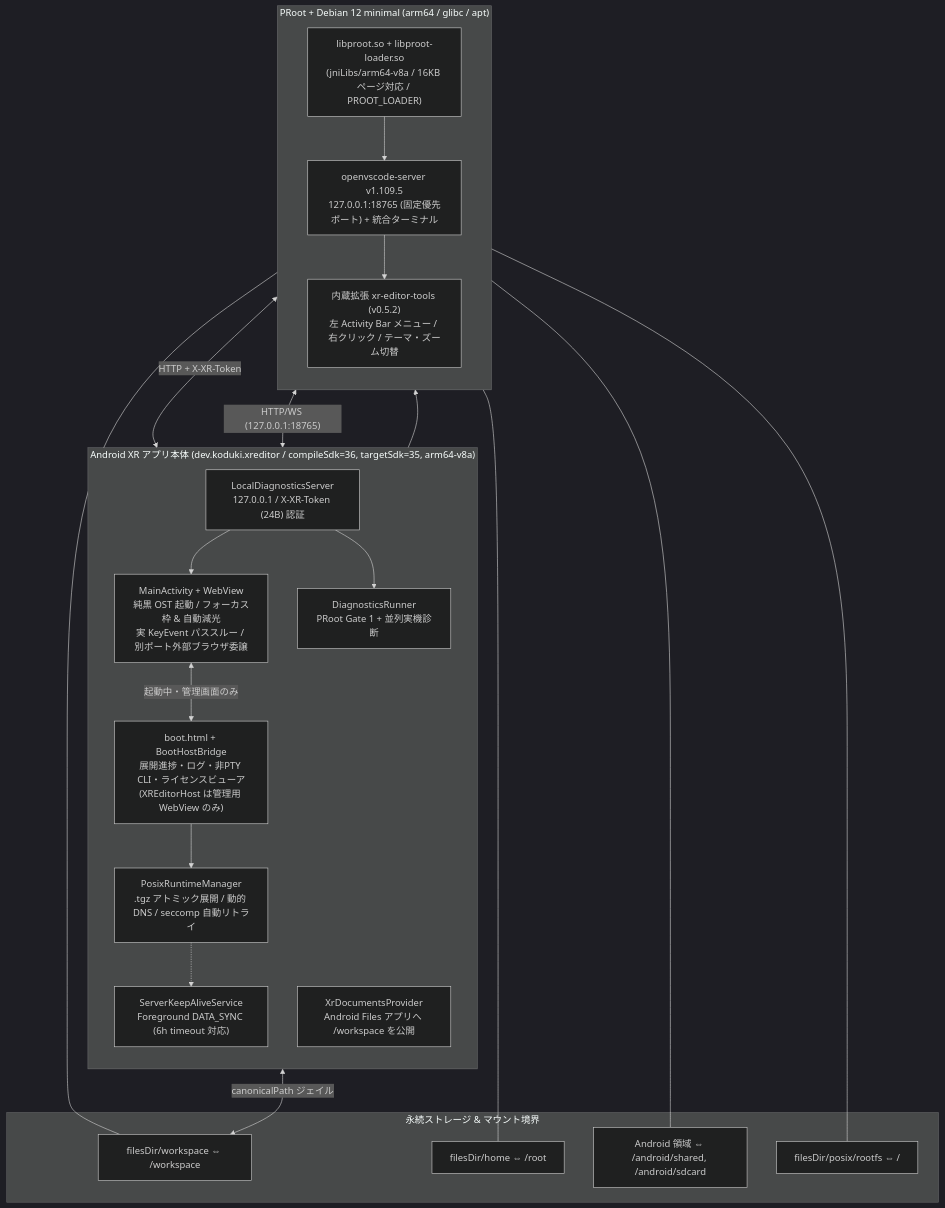
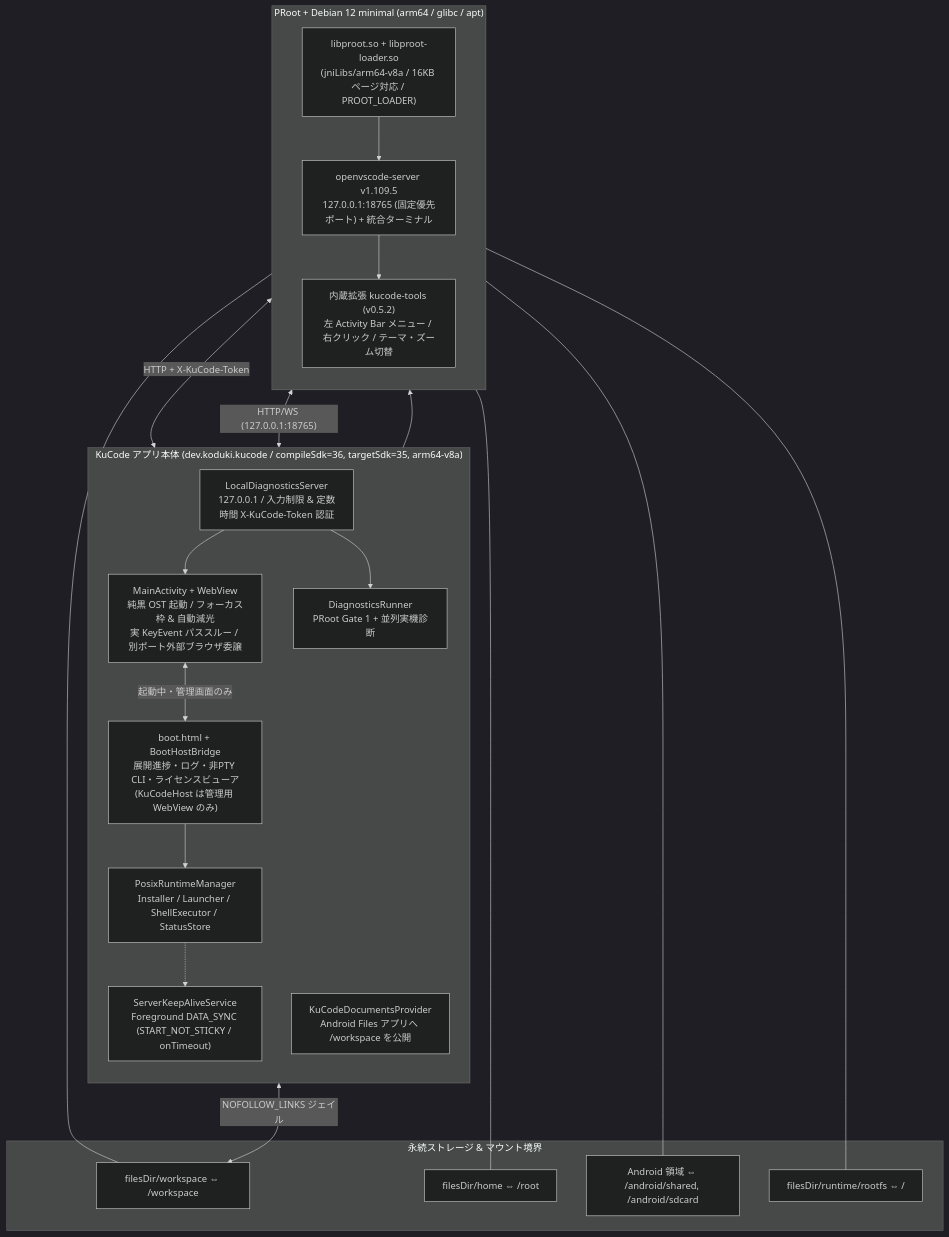
One commit to koduki/3d-editor changed the diagram in README.md. Above: the diagram before and after it, drawn with Mermaid (dark theme). The commit also changed other lines of this file and 68 other files, not shown here.

Commit message:
Harden runtime, fix review findings, and rename app to KuCode

````diff
--- a/README.md
+++ b/README.md
@@ -52,43 +83,43 @@
 ```mermaid
 flowchart TB
-    subgraph AndroidXR["Android XR アプリ本体 (dev.koduki.xreditor / compileSdk=36, targetSdk=35, arm64-v8a)"]
+    subgraph AndroidXR["KuCode アプリ本体 (dev.koduki.kucode / compileSdk=36, targetSdk=35, arm64-v8a)"]
         direction TB
         MA["MainActivity + WebView<br/>純黒 OST 起動 / フォーカス枠 & 自動減光<br/>実 KeyEvent パススルー / 別ポート外部ブラウザ委譲"]
-        BOOT["boot.html + BootHostBridge<br/>展開進捗・ログ・非PTY CLI・ライセンスビューア<br/>(XREditorHost は管理用 WebView のみ)"]
-        ADMIN["LocalDiagnosticsServer<br/>127.0.0.1 / X-XR-Token (24B) 認証"]
+        BOOT["boot.html + BootHostBridge<br/>展開進捗・ログ・非PTY CLI・ライセンスビューア<br/>(KuCodeHost は管理用 WebView のみ)"]
+        ADMIN["LocalDiagnosticsServer<br/>127.0.0.1 / 入力制限 & 定数時間 X-KuCode-Token 認証"]
         DIAG["DiagnosticsRunner<br/>PRoot Gate 1 + 並列実機診断"]
-        DOC["XrDocumentsProvider<br/>Android Files アプリへ /workspace を公開"]
-        FGS["ServerKeepAliveService<br/>Foreground DATA_SYNC (6h timeout 対応)"]
-        PRM["PosixRuntimeManager<br/>.tgz アトミック展開 / 動的 DNS / seccomp 自動リトライ"]
+        DOC["KuCodeDocumentsProvider<br/>Android Files アプリへ /workspace を公開"]
+        FGS["ServerKeepAliveService<br/>Foreground DATA_SYNC (START_NOT_STICKY / onTimeout)"]
+        PRM["PosixRuntimeManager<br/>Installer / Launcher / ShellExecutor / StatusStore"]
     end
 
     subgraph Guest["PRoot + Debian 12 minimal (arm64 / glibc / apt)"]
         direction TB
         PROOT["libproot.so + libproot-loader.so<br/>(jniLibs/arm64-v8a / 16KB ページ対応 / PROOT_LOADER)"]
         VSC["openvscode-server v1.109.5<br/>127.0.0.1:18765 (固定優先ポート) + 統合ターミナル"]
-        EXT["内蔵拡張 xr-editor-tools (v0.5.2)<br/>左 Activity Bar メニュー / 右クリック / テーマ・ズーム切替"]
+        EXT["内蔵拡張 kucode-tools (v0.5.2)<br/>左 Activity Bar メニュー / 右クリック / テーマ・ズーム切替"]
     end
 
     subgraph Storage["永続ストレージ & マウント境界"]
         WS["filesDir/workspace ⇔ /workspace"]
         HOME["filesDir/home ⇔ /root"]
         AND["Android 領域 ⇔ /android/shared, /android/sdcard"]
-        ROOTFS["filesDir/posix/rootfs ⇔ /"]
+        ROOTFS["filesDir/runtime/rootfs ⇔ /"]
     end
 
     MA <-->|"HTTP/WS (127.0.0.1:18765)"| VSC
     MA <-->|"起動中・管理画面のみ"| BOOT
     BOOT --> PRM
-    EXT <-->|"HTTP + X-XR-Token"| ADMIN
+    EXT <-->|"HTTP + X-KuCode-Token"| ADMIN
     ADMIN --> DIAG
     ADMIN --> MA
     PRM --> PROOT
     PROOT --> VSC
     VSC --> EXT
     PRM -.-> FGS
-    DOC <-->|"canonicalPath ジェイル"| WS
+    DOC <-->|"NOFOLLOW_LINKS ジェイル"| WS
     PROOT --- WS
     PROOT --- HOME
     PROOT --- AND
     PROOT --- ROOTFS
 ```
````
